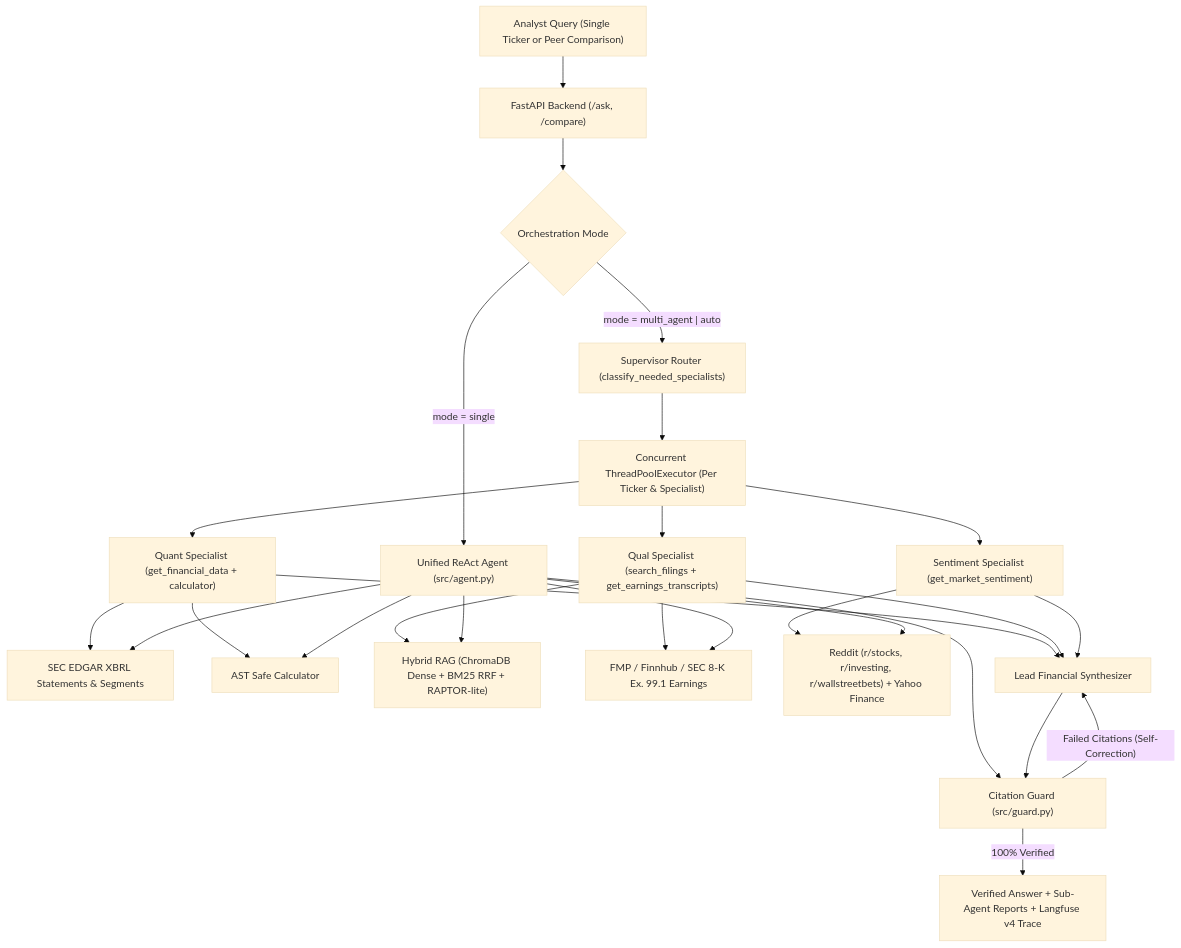
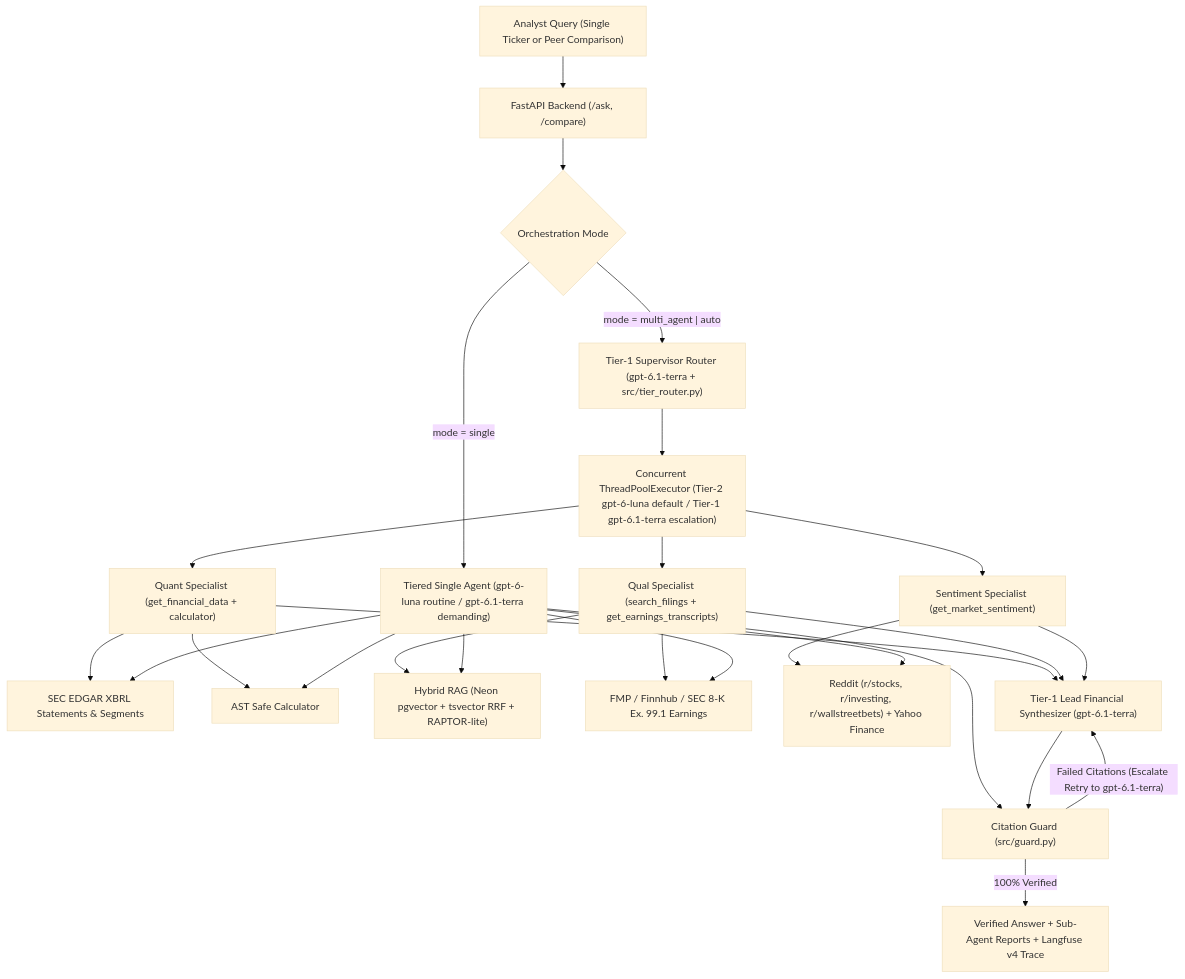
The diagram in README.md (iamqazolp/CompanyScope), drawn with Mermaid (base theme) before and after one commit. The commit also changed other lines of this file and 4 other files, not shown here.

Commit message:
feat(web,test): surface multi-tier telemetry in research terminal and add escalation tests

````diff
--- a/README.md
+++ b/README.md
@@ -37,28 +39,28 @@
 ```mermaid
 flowchart TD
     User["Analyst Query (Single Ticker or Peer Comparison)"] --> API["FastAPI Backend (/ask, /compare)"]
     API --> Mode{"Orchestration Mode"}
 
-    Mode -- "mode = multi_agent | auto" --> Sup["Supervisor Router (classify_needed_specialists)"]
-    Mode -- "mode = single" --> Single["Unified ReAct Agent (src/agent.py)"]
+    Mode -- "mode = multi_agent | auto" --> Sup["Tier-1 Supervisor Router (gpt-6.1-terra + src/tier_router.py)"]
+    Mode -- "mode = single" --> Single["Tiered Single Agent (gpt-6-luna routine / gpt-6.1-terra demanding)"]
 
-    Sup --> Pool["Concurrent ThreadPoolExecutor (Per Ticker & Specialist)"]
+    Sup --> Pool["Concurrent ThreadPoolExecutor (Tier-2 gpt-6-luna default / Tier-1 gpt-6.1-terra escalation)"]
     Pool --> Quant["Quant Specialist (get_financial_data + calculator)"]
     Pool --> Qual["Qual Specialist (search_filings + get_earnings_transcripts)"]
     Pool --> Sent["Sentiment Specialist (get_market_sentiment)"]
 
     Quant --> XBRL["SEC EDGAR XBRL Statements & Segments"]
     Quant --> Calc["AST Safe Calculator"]
-    Qual --> RRF["Hybrid RAG (ChromaDB Dense + BM25 RRF + RAPTOR-lite)"]
+    Qual --> RRF["Hybrid RAG (Neon pgvector + tsvector RRF + RAPTOR-lite)"]
     Qual --> Earn["FMP / Finnhub / SEC 8-K Ex. 99.1 Earnings"]
     Sent --> Mkt["Reddit (r/stocks, r/investing, r/wallstreetbets) + Yahoo Finance"]
 
     Single --> XBRL & Calc & RRF & Earn & Mkt
 
-    Quant & Qual & Sent --> Synth["Lead Financial Synthesizer"]
+    Quant & Qual & Sent --> Synth["Tier-1 Lead Financial Synthesizer (gpt-6.1-terra)"]
     Single --> Guard["Citation Guard (src/guard.py)"]
     Synth --> Guard
 
-    Guard -- "Failed Citations (Self-Correction)" --> Synth
+    Guard -- "Failed Citations (Escalate Retry to gpt-6.1-terra)" --> Synth
     Guard -- "100% Verified" --> Output["Verified Answer + Sub-Agent Reports + Langfuse v4 Trace"]
 ```
````
